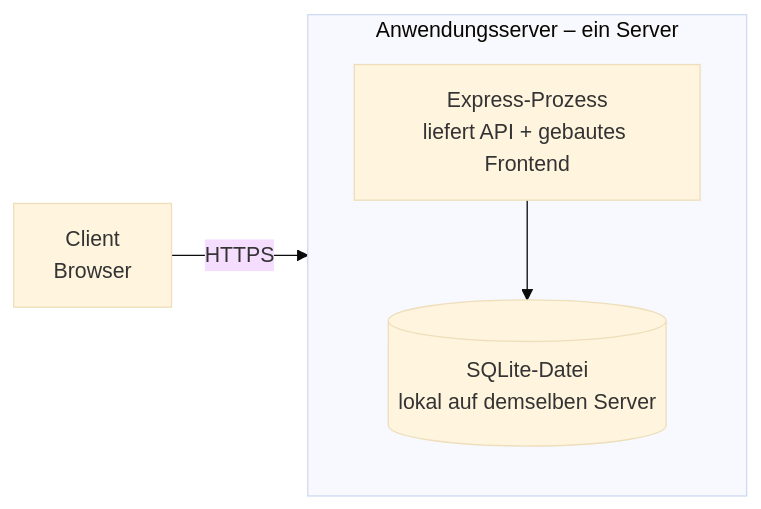
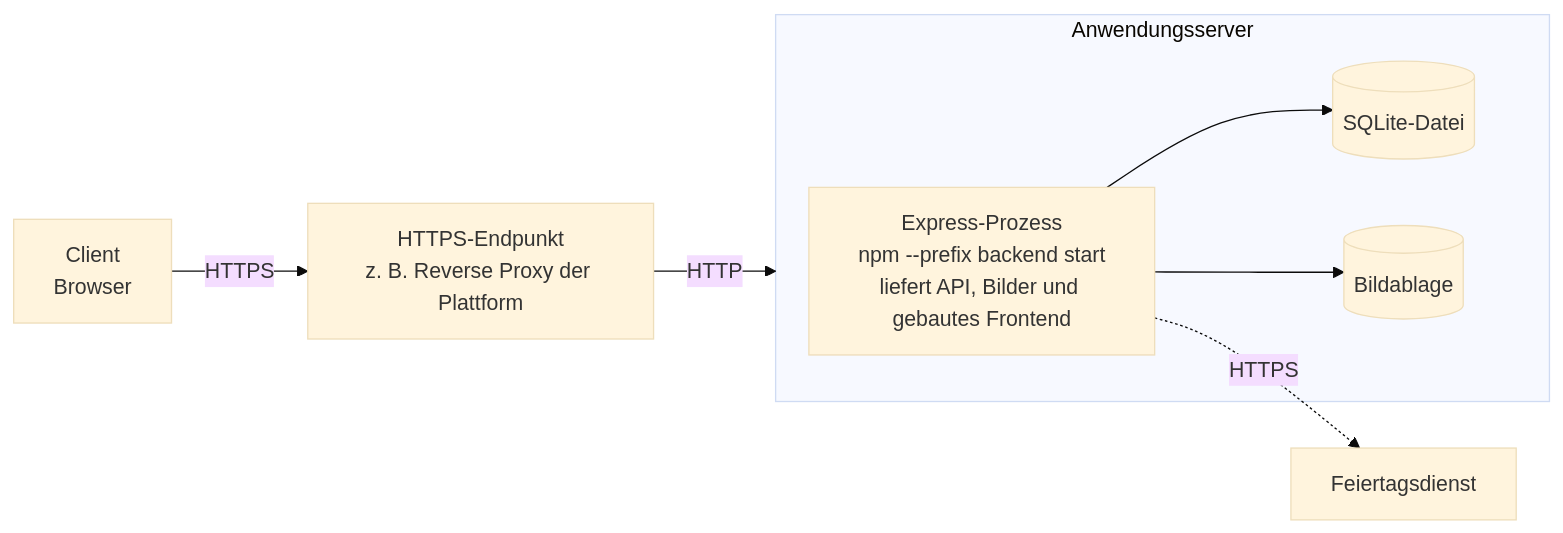
One commit to ksukh-ux/lifeline-project changed the second of 2 diagrams in docs/arch/A07-Bereitstellungsansicht.md. Above: the diagram before and after it, drawn with Mermaid (base theme). The commit also changed other lines of this file, not shown here.

Commit message:
docs(arch): document production build, start and all configuration variables

````diff
--- a/docs/arch/A07-Bereitstellungsansicht.md
+++ b/docs/arch/A07-Bereitstellungsansicht.md
@@ -16,10 +31,13 @@
 ```mermaid
 flowchart LR
-    C[Client<br/>Browser] -->|HTTPS| S
-
-    subgraph S[Anwendungsserver – ein Server]
-        B[Express-Prozess<br/>liefert API + gebautes Frontend]
-        DB[(SQLite-Datei<br/>lokal auf demselben Server)]
+    C[Client<br/>Browser] -->|HTTPS| P[HTTPS-Endpunkt<br/>z. B. Reverse Proxy der Plattform]
+    P -->|HTTP| S
+    subgraph S[Anwendungsserver]
+        B[Express-Prozess<br/>npm --prefix backend start<br/>liefert API, Bilder und gebautes Frontend]
+        DB[(SQLite-Datei)]
+        U[(Bildablage)]
         B --> DB
+        B --> U
     end
+    B -.->|HTTPS| H[Feiertagsdienst]
 ```
````
